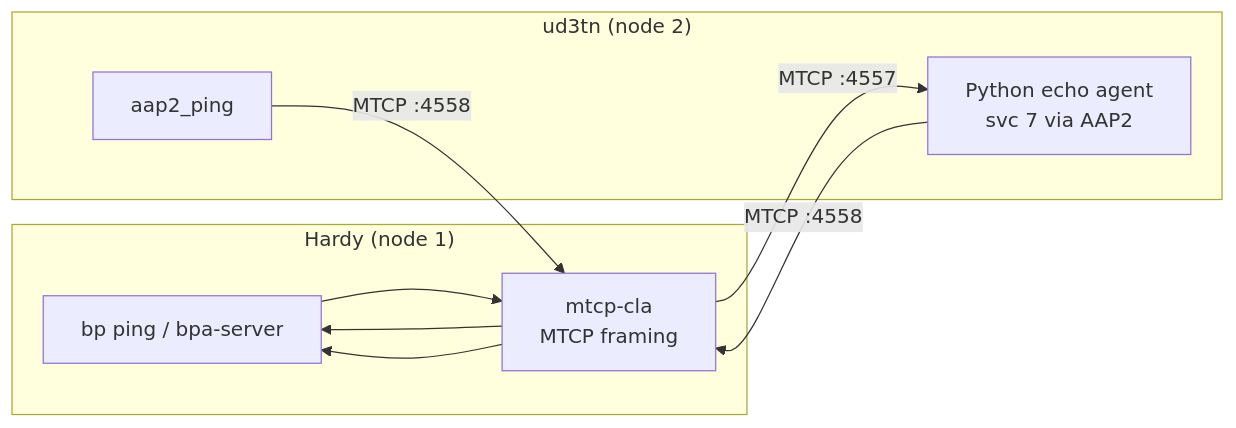
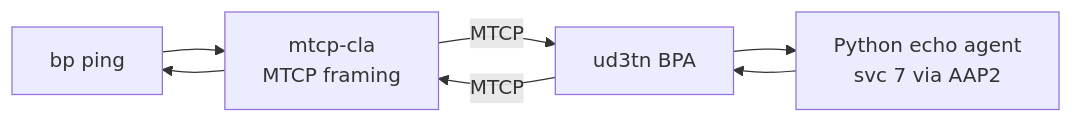
One commit to ricktaylor/hardy changed the first of 2 diagrams in tests/interop/ud3tn/README.md. Above: the diagram before and after it, drawn with Mermaid. The commit also changed other lines of this file and 4 other files, not shown here.

Commit message:
Update diagrams for clarity

````diff
--- a/tests/interop/ud3tn/README.md
+++ b/tests/interop/ud3tn/README.md
@@ -30,20 +32,9 @@
 ```mermaid
 flowchart LR
-    subgraph Hardy ["Hardy (node 1)"]
-        BP["bp ping / bpa-server"]
-        CLA["mtcp-cla<br/>MTCP framing"]
-    end
-
-    subgraph UD3TN ["ud3tn (node 2)"]
-        ECHO["Python echo agent<br/>svc 7 via AAP2"]
-        PING["aap2_ping"]
-    end
-
-    BP --> CLA
-    CLA -- "MTCP :4557" --> ECHO
-    ECHO -- "MTCP :4558" --> CLA
-    CLA --> BP
-
-    PING -- "MTCP :4558" --> CLA
+    BP["bp ping"] --> CLA["mtcp-cla<br/>MTCP framing"]
+    CLA -- "MTCP" --> UD3TN["ud3tn BPA"]
+    UD3TN --> ECHO["Python echo agent<br/>svc 7 via AAP2"]
+    ECHO --> UD3TN
+    UD3TN -- "MTCP" --> CLA
     CLA --> BP
 ```
````
